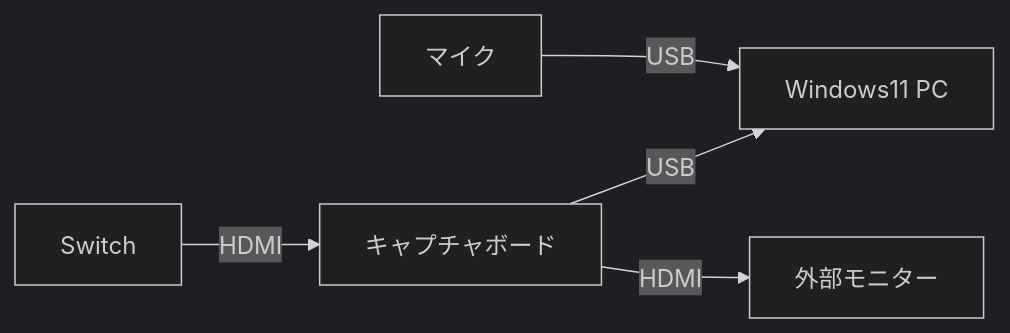
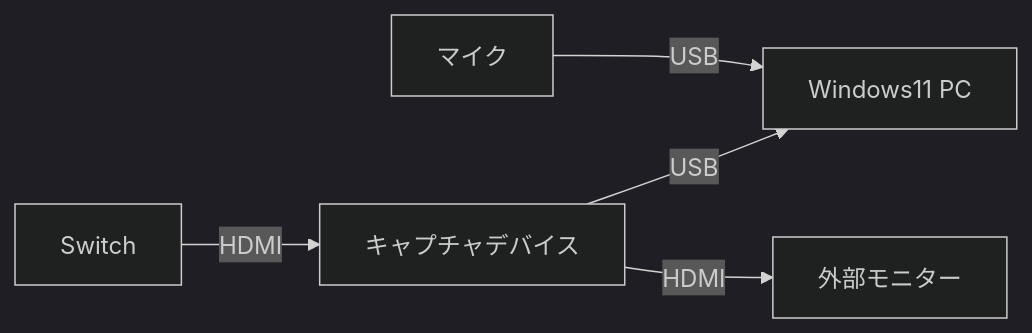
The first of 6 diagrams in docs/external_spec.md (saw4405/splat-replay2), drawn with Mermaid (dark theme) before and after one commit. The commit also changed other lines of this file, not shown here.

````diff
--- a/docs/external_spec.md
+++ b/docs/external_spec.md
@@ -22,7 +22,7 @@
 ```mermaid
 graph LR
-    Switch[Switch] -- HDMI --> CaptureBoard[キャプチャボード]
-    CaptureBoard -- USB --> PC[Windows11 PC]
+    Switch[Switch] -- HDMI --> CaptureDevice[キャプチャデバイス]
+    CaptureDevice -- USB --> PC[Windows11 PC]
     Microphone[マイク] -- USB --> PC
-    CaptureBoard -- HDMI --> Monitor[外部モニター]
+    CaptureDevice -- HDMI --> Monitor[外部モニター]
 ```
````
